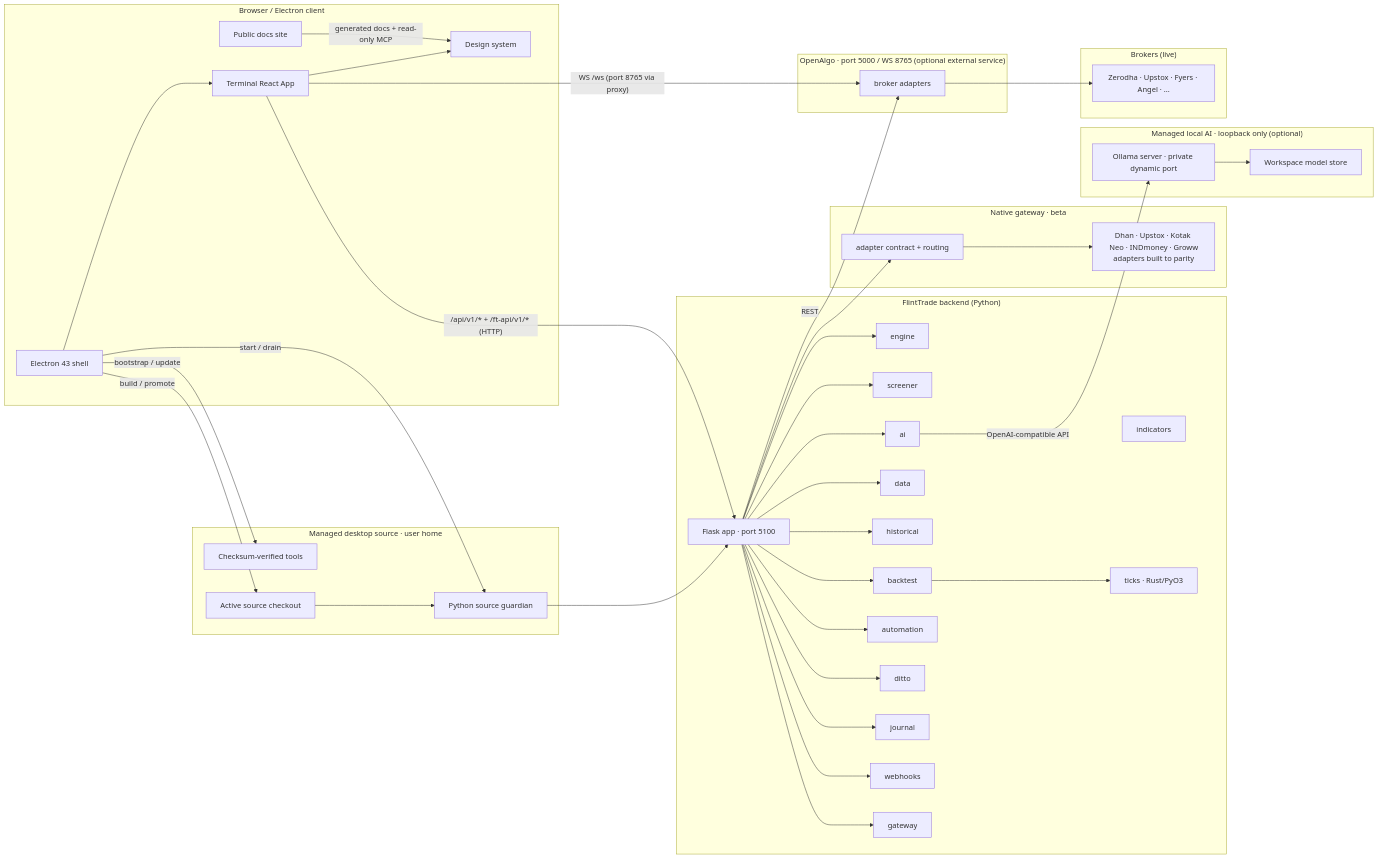
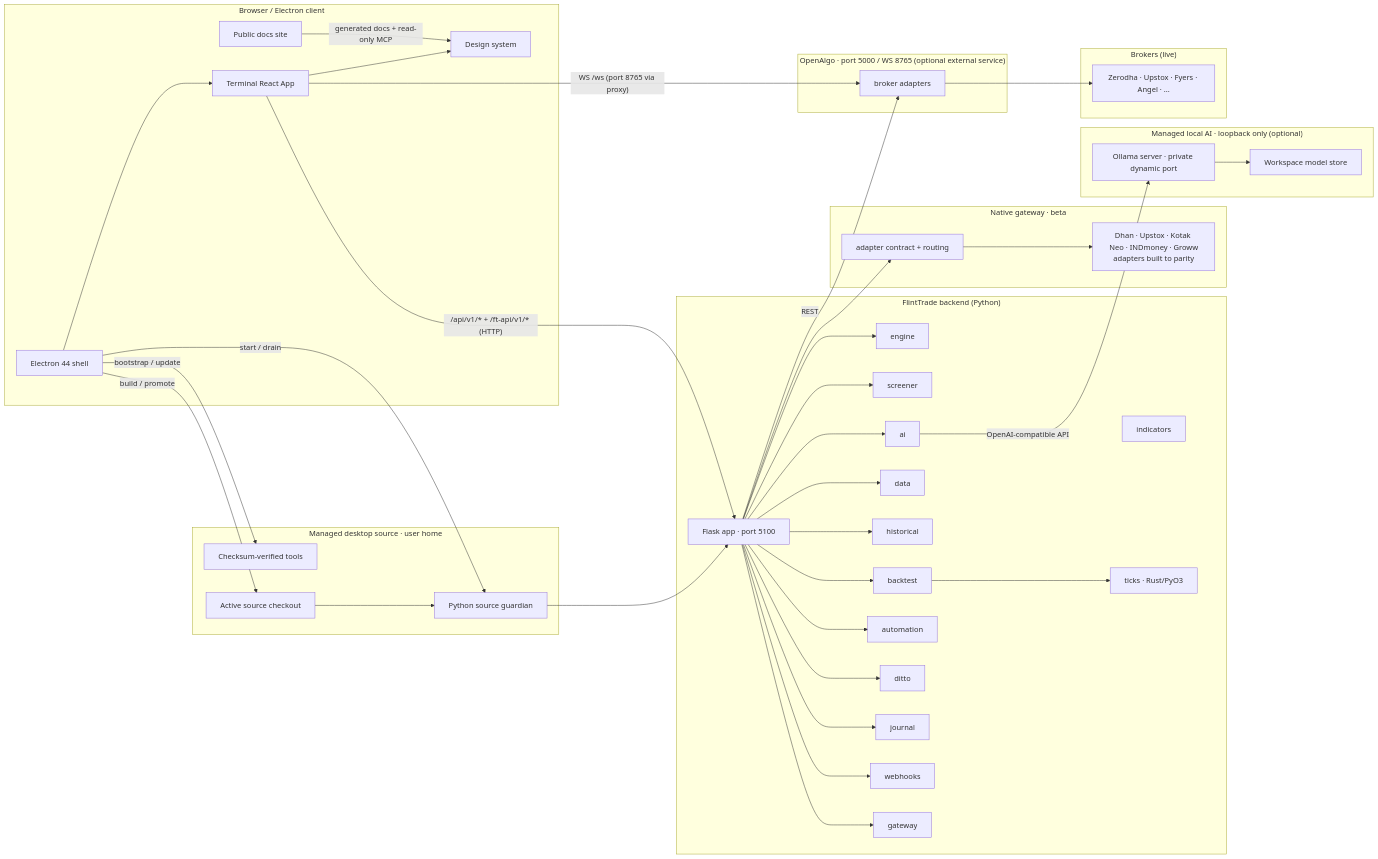
Before and after one commit to navaneeshnagarajan/FlintTrade: the first of 5 diagrams in docs/ARCHITECTURE.md, drawn with Mermaid. The commit also changed other lines of this file and 72 other files, not shown here.

````diff
--- a/docs/ARCHITECTURE.md
+++ b/docs/ARCHITECTURE.md
@@ -18,79 +18,79 @@
 ```mermaid
 flowchart LR
     subgraph Clients["Browser / Electron client"]
         T[Terminal React App]
-        DESKTOP[Electron 43 shell]
+        DESKTOP[Electron 44 shell]
         SITE[Public docs site]
         DS[Design system]
         DESKTOP --> T
     end
 
     subgraph ManagedDesktop["Managed desktop source · user home"]
         TOOLS[Checksum-verified tools]
         SOURCE[Active source checkout]
         GUARDIAN[Python source guardian]
         DESKTOP -- "bootstrap / update" --> TOOLS
         DESKTOP -- "build / promote" --> SOURCE
         DESKTOP -- "start / drain" --> GUARDIAN
         SOURCE --> GUARDIAN
     end
 
     subgraph Backend["FlintTrade backend (Python)"]
         F[Flask app · port 5100]
         E[engine]
         S[screener]
         AI[ai]
         D[data]
         H[historical]
         BT[backtest]
         AUT[automation]
         DIT[ditto]
         JNL[journal]
         IND[indicators]
         ING[webhooks]
         GW[gateway]
         TICK[ticks · Rust/PyO3]
     end
 
     subgraph NativeGateway["Native gateway · beta"]
         NGA[adapter contract + routing]
         DHAN[Dhan · Upstox · Kotak Neo · INDmoney · Groww<br/>adapters built to parity]
     end
 
     subgraph OpenAlgo["OpenAlgo · port 5000 / WS 8765 (optional external service)"]
         OA[broker adapters]
     end
 
     subgraph LocalAI["Managed local AI · loopback only (optional)"]
         OLL[Ollama server · private dynamic port]
         MODELS[Workspace model store]
         OLL --> MODELS
     end
 
     subgraph Brokers["Brokers (live)"]
         B1[Zerodha · Upstox · Fyers · Angel · ...]
     end
 
     T -- "/api/v1/* + /ft-api/v1/* (HTTP)" --> F
     GUARDIAN --> F
     T -- "WS /ws (port 8765 via proxy)" --> OA
     SITE -- "generated docs + read-only MCP" --> DS
     T --> DS
     F --> E
     F --> S
     F --> AI
     AI -- "OpenAI-compatible API" --> OLL
     F --> D
     F --> H
     F --> BT
     F --> AUT
     F --> DIT
     F --> JNL
     F --> ING
     F --> GW
     BT --> TICK
     F --> NGA
     NGA --> DHAN
     F -- "REST" --> OA
     OA --> B1
 ```
````
